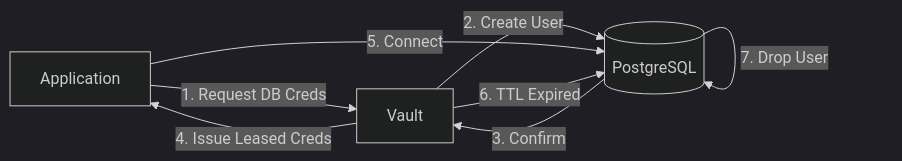
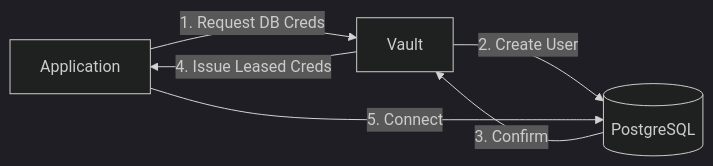
One commit to Devopstrio/vault-central-management changed the fourth of 10 diagrams in README.md. Above: the diagram before and after it, drawn with Mermaid (dark theme). The commit also changed other lines of this file, not shown here.

````diff
--- a/README.md
+++ b/README.md
@@ -179,10 +150,8 @@
 ```mermaid
 graph LR
     App[Application] -->|1. Request DB Creds| Vault[Vault]
     Vault -->|2. Create User| DB[(PostgreSQL)]
     DB -->|3. Confirm| Vault
     Vault -->|4. Issue Leased Creds| App
     App -->|5. Connect| DB
-    Vault -->|6. TTL Expired| DB
-    DB -->|7. Drop User| DB
 ```
````
